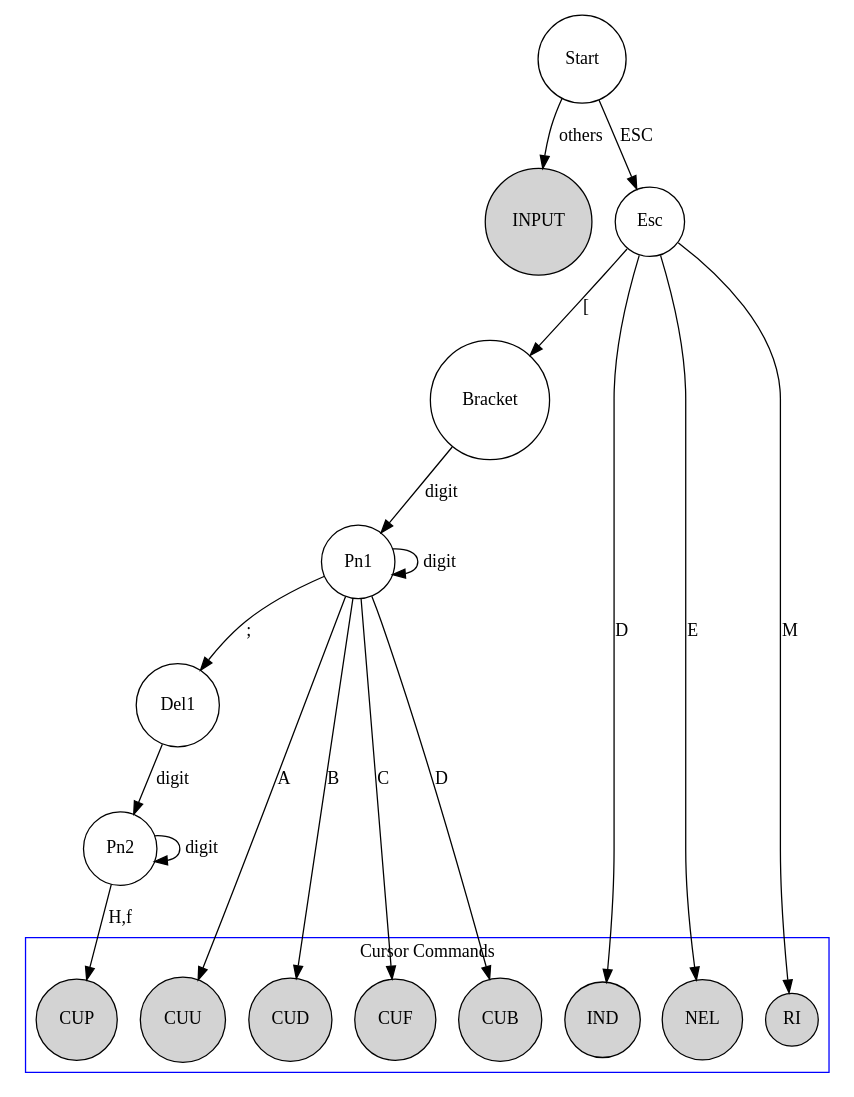
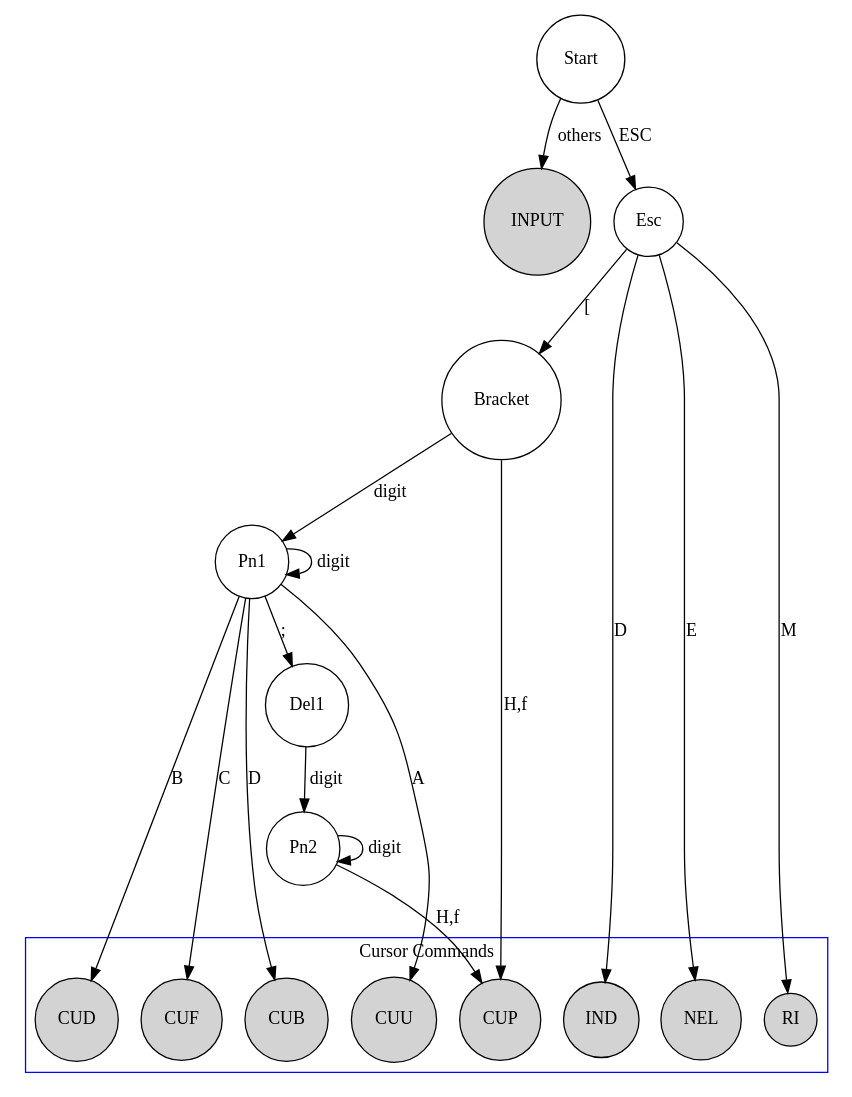
One commit to Harry-Chen/fpga-virtual-console changed the diagram in doc/DFA.dot. Above: the diagram before and after it, drawn with Graphviz. The commit also changed 2 other files, not shown here.

Commit message:
Add 'Set Cursor Home' Command.

```diff
--- a/doc/DFA.dot
+++ b/doc/DFA.dot
@@ -1,64 +1,67 @@
 digraph DFA {   
 //	edge[fontname="FangSong"];  
 //	node[peripheries=2, fontname="FangSong"];  
 	size="16, 16";  
 	node[shape=circle];  
 
 	Start;
 
 	INPUT[style=filled];
 	Start->INPUT[label=others];
 
 	/* Basic structure */
 
 	// ESC
 	Start->Esc[label=ESC];
 
 	// ESC [
 	Esc->Bracket[label="["];
 
 	// ESC [ Pn
 	Bracket->Pn1[label="digit"];
 	Pn1->Pn1[label="digit"];
 
 	// ESC [ Pn; 
 	Pn1->Del1[label=";"];
 
 	// ESC [ Pn; Pn
 	Del1->Pn2[label="digit"];
 	Pn2->Pn2[label="digit"];
 
 
 	/* Cursor Movement Commands */
 	subgraph cluster1 {
 		node[style=filled];
         color=blue;
         label="Cursor Commands";  
 		CUU; CUD; CUF; CUB; 
 		CUP; IND; NEL; RI;
 	}
 
 	// ESC [ Pn A
 	Pn1->CUU[label=A];  // Cursor up
 
 	// ESC [ Pn B
 	Pn1->CUD[label=B];  // Cursor down
 
 	// ESC [ Pn C
 	Pn1->CUF[label=C];  // Cursor forward (right)
 
 	// ESC [ Pn B
 	Pn1->CUB[label=D];  // Cursor backward (left)
 
 	// ESC [ Pn; Pn H 
 	Pn2->CUP[label="H,f"]; // Cursor Position
 
+	// ESC [ H
+	Bracket->CUP[label="H,f"]; // Cursor Home
+
 	// ESC D
 	Esc->IND[label=D];  // Index
 
 	// ESC E
 	Esc->NEL[label=E];  // Next line
 
 	// ESC M
 	Esc->RI[label=M];  // Reserve Index
 }         
```
